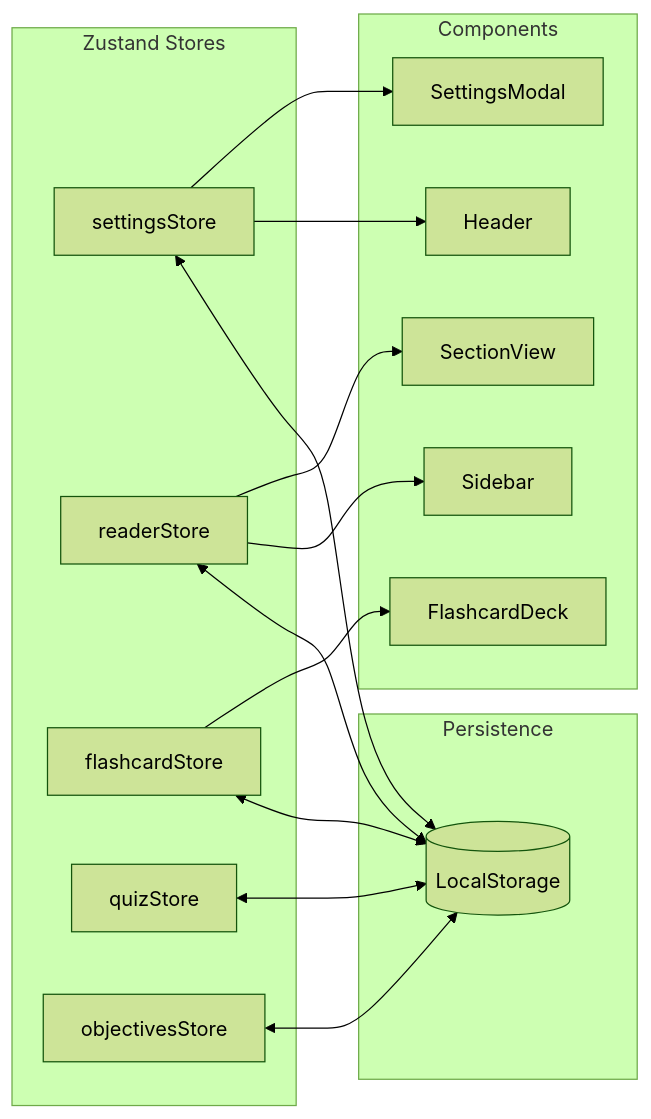
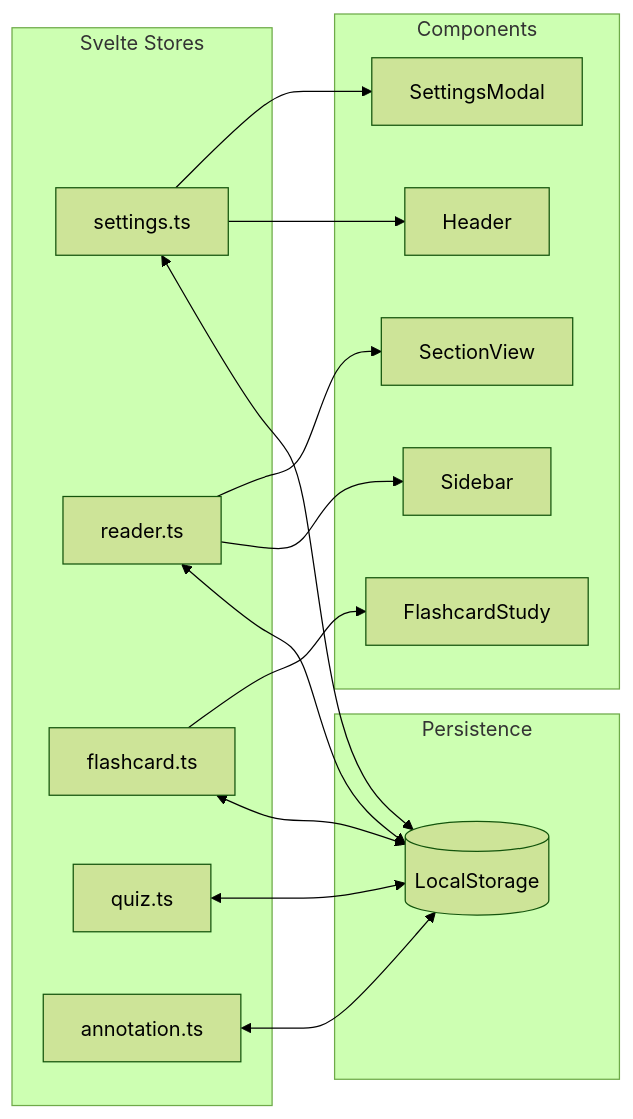
The fourth of 5 diagrams in docs/ARCHITECTURE.md (SigurdurVilhelmsson/namsbokasafn-vefur), drawn with Mermaid (forest theme) before and after one commit. The commit also changed other lines of this file and 5 other files, not shown here.

````diff
--- a/docs/ARCHITECTURE.md
+++ b/docs/ARCHITECTURE.md
@@ -173,34 +174,34 @@
 ```mermaid
 graph LR
-    subgraph "Zustand Stores"
-        Settings[settingsStore]
-        Reader[readerStore]
-        Flashcard[flashcardStore]
-        Quiz[quizStore]
-        Objectives[objectivesStore]
+    subgraph "Svelte Stores"
+        Settings[settings.ts]
+        Reader[reader.ts]
+        Flashcard[flashcard.ts]
+        Quiz[quiz.ts]
+        Annotation[annotation.ts]
     end
 
     subgraph "Persistence"
         LS[(LocalStorage)]
     end
 
     subgraph "Components"
         Header
         Sidebar
         SectionView
-        FlashcardDeck
+        FlashcardStudy
         SettingsModal
     end
 
     Settings <--> LS
     Reader <--> LS
     Flashcard <--> LS
     Quiz <--> LS
-    Objectives <--> LS
+    Annotation <--> LS
 
     Settings --> Header
     Settings --> SettingsModal
     Reader --> Sidebar
     Reader --> SectionView
-    Flashcard --> FlashcardDeck
+    Flashcard --> FlashcardStudy
 ```
````
